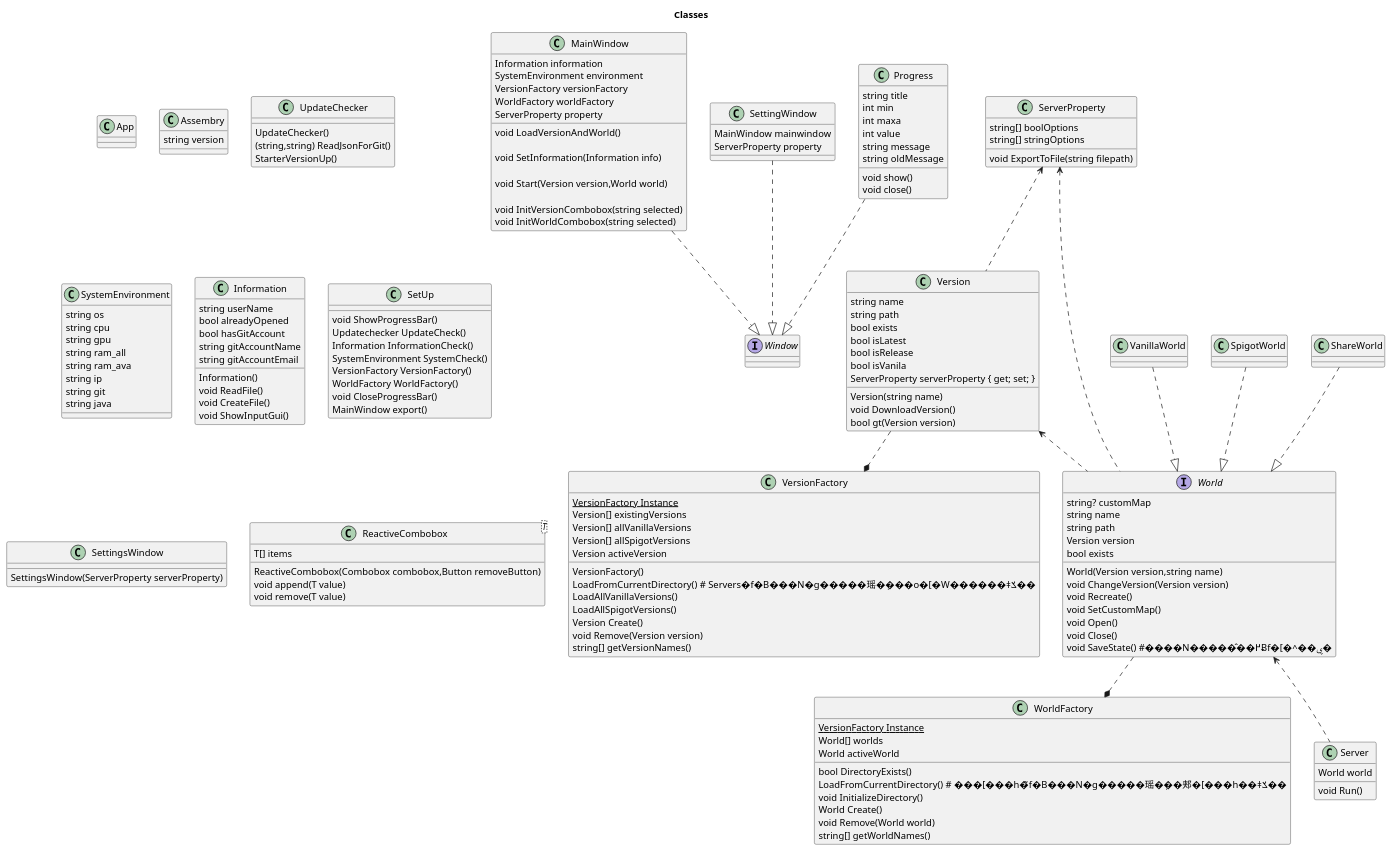
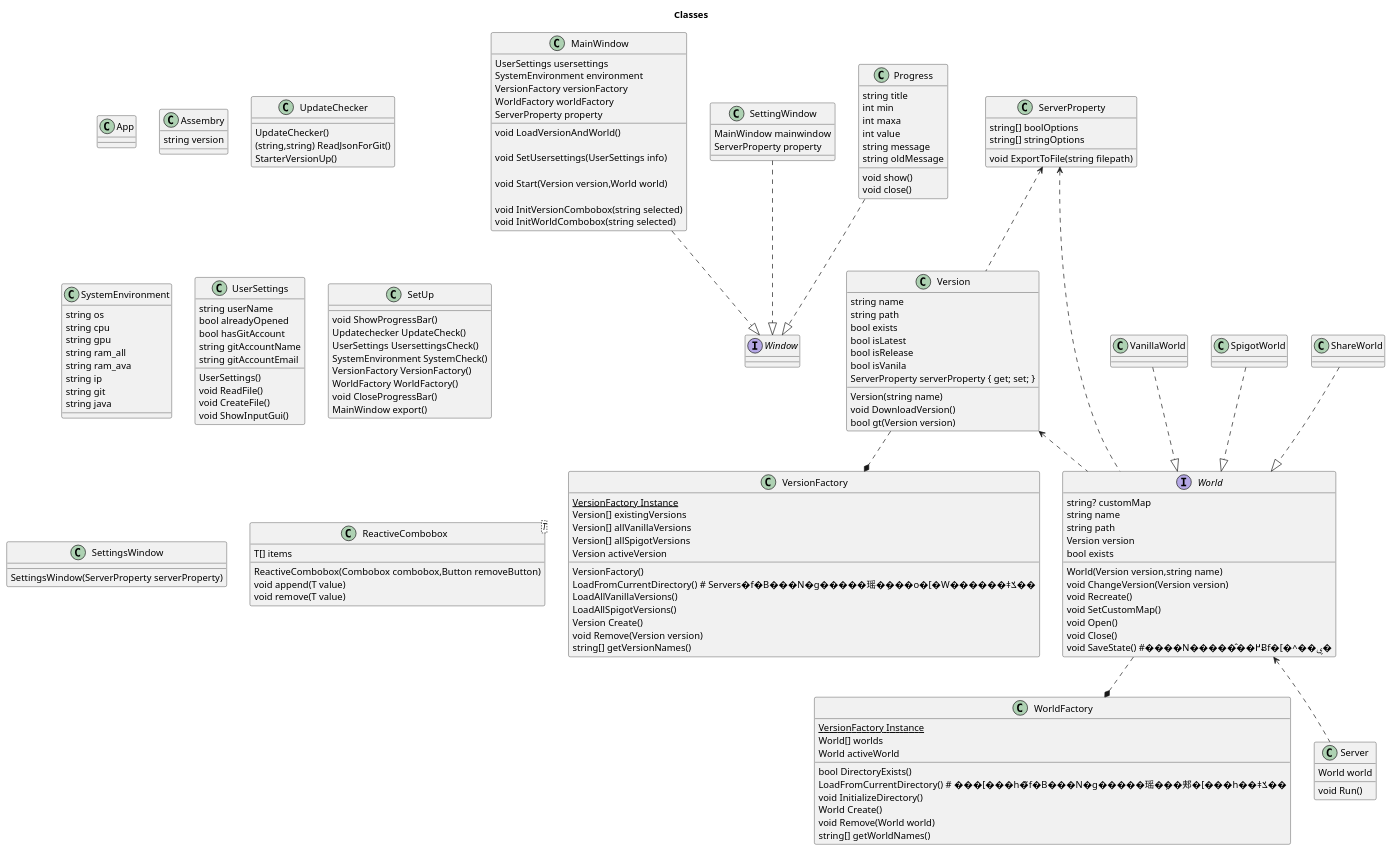
Before and after one commit to CivilTT/ServerStarter: the diagram in Server_GUI2/plan.pu, drawn with PlantUML. The commit also changed 42 other files, not shown here.

```diff
--- a/Server_GUI2/plan.pu
+++ b/Server_GUI2/plan.pu
@@ -1,189 +1,189 @@
 @startuml main
 title Classes
 
 class App{
 }
 
 class Assembry{
   string version
 }
 
 class UpdateChecker{
   UpdateChecker()
   (string,string) ReadJsonForGit()
   StarterVersionUp()
 }
 
 class SystemEnvironment{
   string os
   string cpu
   string gpu
   string ram_all
   string ram_ava
   string ip
   string git
   string java
 }
 
-class Information{
-  Information()
+class UserSettings{
+  UserSettings()
   void ReadFile()
   void CreateFile()
   void ShowInputGui()
   string userName
   bool alreadyOpened
   bool hasGitAccount
   string gitAccountName
   string gitAccountEmail
 }
 
 interface Window{
 }
 
 class SetUp{
   void ShowProgressBar()
   Updatechecker UpdateCheck()
-  Information InformationCheck()
+  UserSettings UsersettingsCheck()
   SystemEnvironment SystemCheck()
   VersionFactory VersionFactory()
   WorldFactory WorldFactory()
   void CloseProgressBar()
   MainWindow export()
 }
 
 
 class SettingsWindow{
   SettingsWindow(ServerProperty serverProperty)
 }
 
 class MainWindow{
-  Information information
+  UserSettings usersettings
   SystemEnvironment environment
   VersionFactory versionFactory
   WorldFactory worldFactory
   ServerProperty property
 
   void LoadVersionAndWorld()
 
-  void SetInformation(Information info)
+  void SetUsersettings(UserSettings info)
 
   void Start(Version version,World world)
 
   void InitVersionCombobox(string selected)
   void InitWorldCombobox(string selected)
 }
 MainWindow ..|> Window
 
 class SettingWindow{
   MainWindow mainwindow
   ServerProperty property
 }
 
 
 SettingWindow ..|> Window
 
 class Progress{
   string title
   int min
   int maxa
   int value
   string message
   string oldMessage
   void show()
   void close()
 }
 Progress ..|> Window
 
 ' ����l����
 class ReactiveCombobox<T>{
   ReactiveCombobox(Combobox combobox,Button removeButton)
   T[] items
   void append(T value)
   void remove(T value)
 }
 
 class VersionFactory{
   {classifier} VersionFactory Instance
   VersionFactory()
   LoadFromCurrentDirectory() # Servers�f�B���N�g�����瑶�݂���o�[�W������ǂݎ��
   LoadAllVanillaVersions()
   LoadAllSpigotVersions()
   Version Create()
   void Remove(Version version)
   Version[] existingVersions
   Version[] allVanillaVersions
   Version[] allSpigotVersions
   Version activeVersion
   string[] getVersionNames()
 }
 Version ..* VersionFactory
 
 
 class Version{
   Version(string name)
   string name
   string path
   bool exists
   bool isLatest
   bool isRelease
   bool isVanila
   void DownloadVersion()
   ServerProperty serverProperty { get; set; }
   bool gt(Version version)
 }
 
 class WorldFactory{
   {classifier} VersionFactory Instance
   bool DirectoryExists()
   LoadFromCurrentDirectory() # ���[���h�̃f�B���N�g�����瑶�݂��郏�[���h��ǂݎ��
   void InitializeDirectory()
   World Create()
   void Remove(World world)
   World[] worlds
   World activeWorld
   string[] getWorldNames()
 }
 World ..* WorldFactory
 
 
 interface World{
   World(Version version,string name)
   string? customMap
   string name
   string path
   Version version
   bool exists
   void ChangeVersion(Version version)
   void Recreate()
   void SetCustomMap()
   void Open()
   void Close()
   void SaveState() #����N�����̂��߂Ƀf�[�^��ۑ�
 }
 Version <.. World
 ServerProperty <.. World
 
 class VanillaWorld{}
 VanillaWorld ..|>World
 
 class SpigotWorld{}
 SpigotWorld ..|>World
 
 class ShareWorld{}
 ShareWorld ..|>World
 
 class ServerProperty{
   string[] boolOptions
   string[] stringOptions
   void ExportToFile(string filepath)
 }
 ServerProperty <.. Version
 
 class Server{
   World world
   void Run()
 }
 
 World <.. Server
 
 @enduml
```
